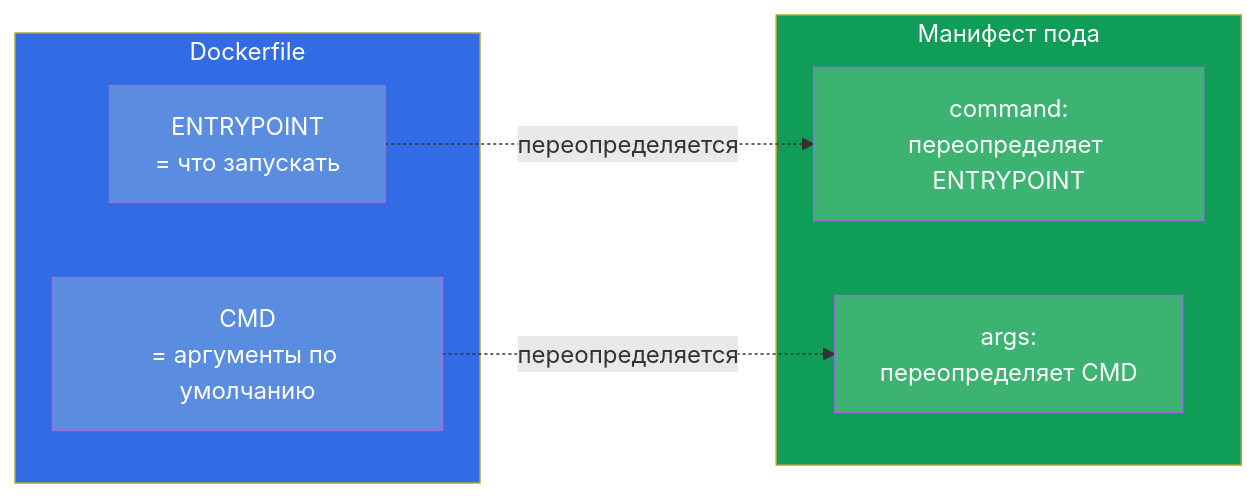
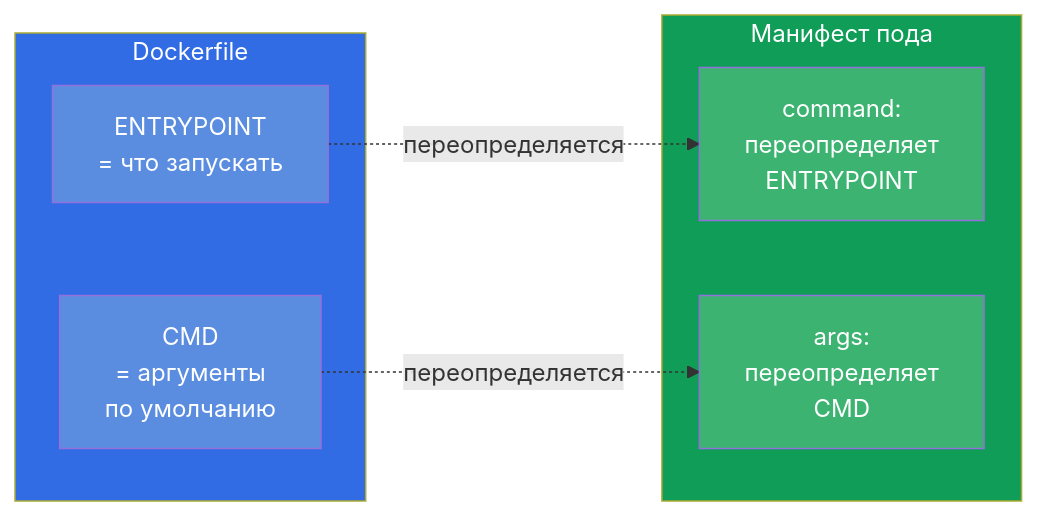
The first of 3 diagrams in tasks/cka/course/17/ru.md (ViktorUJ/cks), drawn with Mermaid before and after one commit. The commit also changed other lines of this file, not shown here.

````diff
--- a/tasks/cka/course/17/ru.md
+++ b/tasks/cka/course/17/ru.md
@@ -15,19 +15,19 @@
 ```mermaid
 flowchart LR
     subgraph Docker["Dockerfile"]
         ep["ENTRYPOINT<br>= что запускать"]
-        cmd["CMD<br>= аргументы по умолчанию"]
+        cmd["CMD<br>= аргументы<br>по умолчанию"]
     end
     subgraph K8s["Манифест пода"]
-        command["command:<br>переопределяет ENTRYPOINT"]
-        args["args:<br>переопределяет CMD"]
+        command["command:<br>переопределяет<br>ENTRYPOINT"]
+        args["args:<br>переопределяет<br>CMD"]
     end
     ep -.->|"переопределяется"| command
     cmd -.->|"переопределяется"| args
     style Docker fill:#326ce5,color:#fff
     style K8s fill:#0f9d58,color:#fff
     style ep fill:#5a8de0,color:#fff
     style cmd fill:#5a8de0,color:#fff
     style command fill:#3cb371,color:#fff
     style args fill:#3cb371,color:#fff
 ```
````
